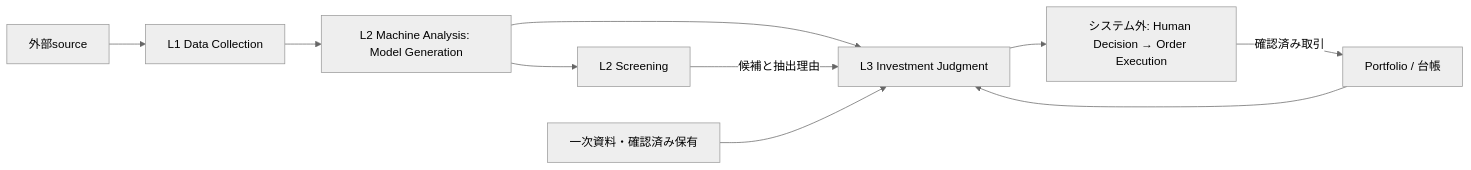
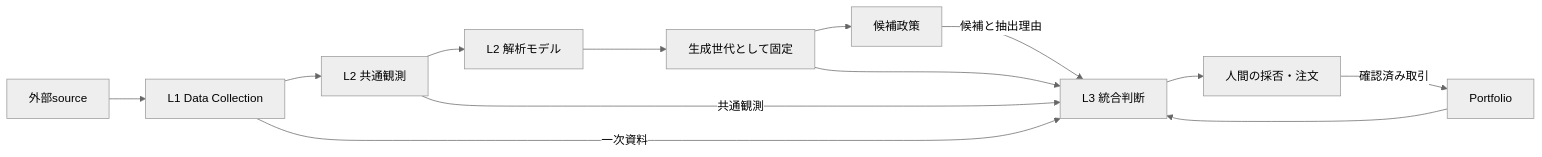
One commit to koumatsumoto/baibai-loop changed the first of 2 diagrams in docs/architecture.md. Above: the diagram before and after it, drawn with Mermaid (neutral theme). The commit also changed other lines of this file and 571 other files, not shown here.

Commit message:
refactor: align architecture documentation and pure model boundaries

````diff
--- a/docs/architecture.md
+++ b/docs/architecture.md
@@ -9,11 +7,15 @@
 ```mermaid
 flowchart LR
-    S[外部source] --> C[L1 Data Collection]
-    C --> M[L2 Machine Analysis: Model Generation]
-    M --> F[L2 Screening]
-    M --> J[L3 Investment Judgment]
-    F -->|候補と抽出理由| J
-    I[一次資料・確認済み保有] --> J
-    J --> H[システム外: Human Decision → Order Execution]
-    H -->|確認済み取引| P[Portfolio / 台帳] --> J
+    X[外部source] --> C[L1 Data Collection]
+    C --> O[L2 共通観測]
+    O --> M[L2 解析モデル]
+    M --> G[生成世代として固定]
+    G --> S[候補政策]
+    G --> J[L3 統合判断]
+    S -->|候補と抽出理由| J
+    C -->|一次資料| J
+    O -->|共通観測| J
+    P[Portfolio] --> J
+    J --> H[人間の採否・注文]
+    H -->|確認済み取引| P
 ```
````
